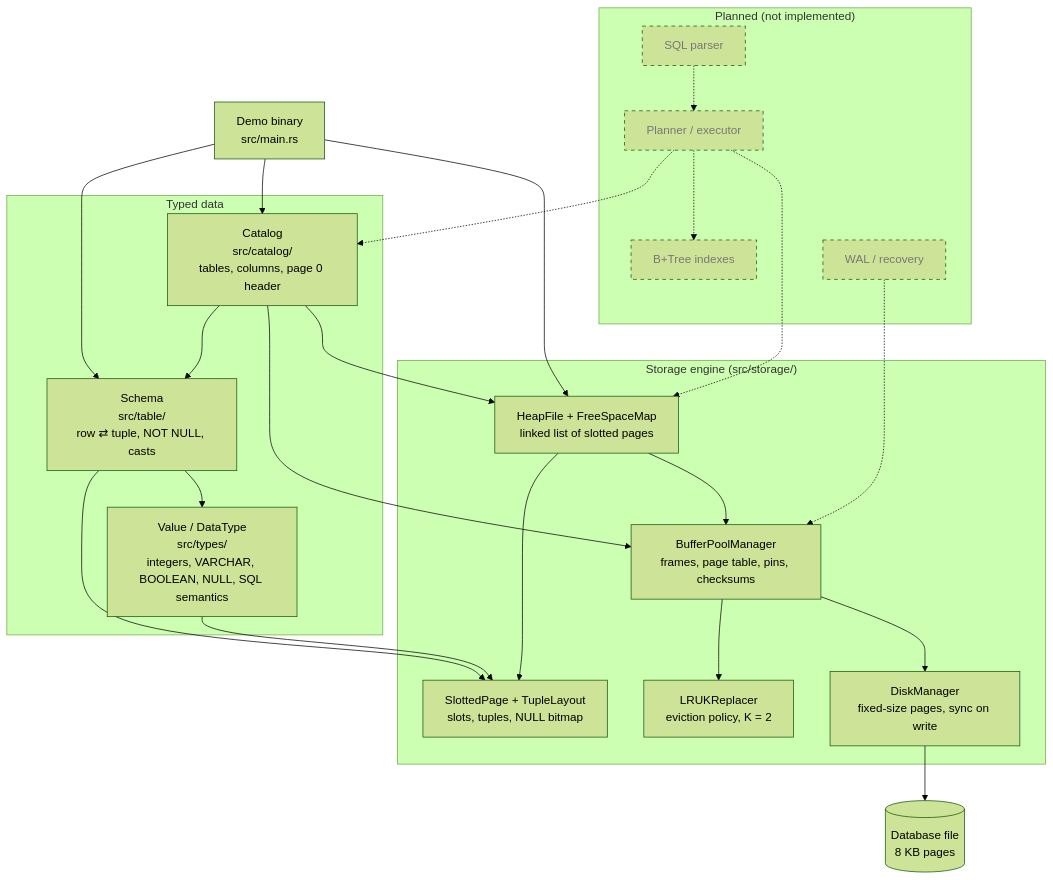
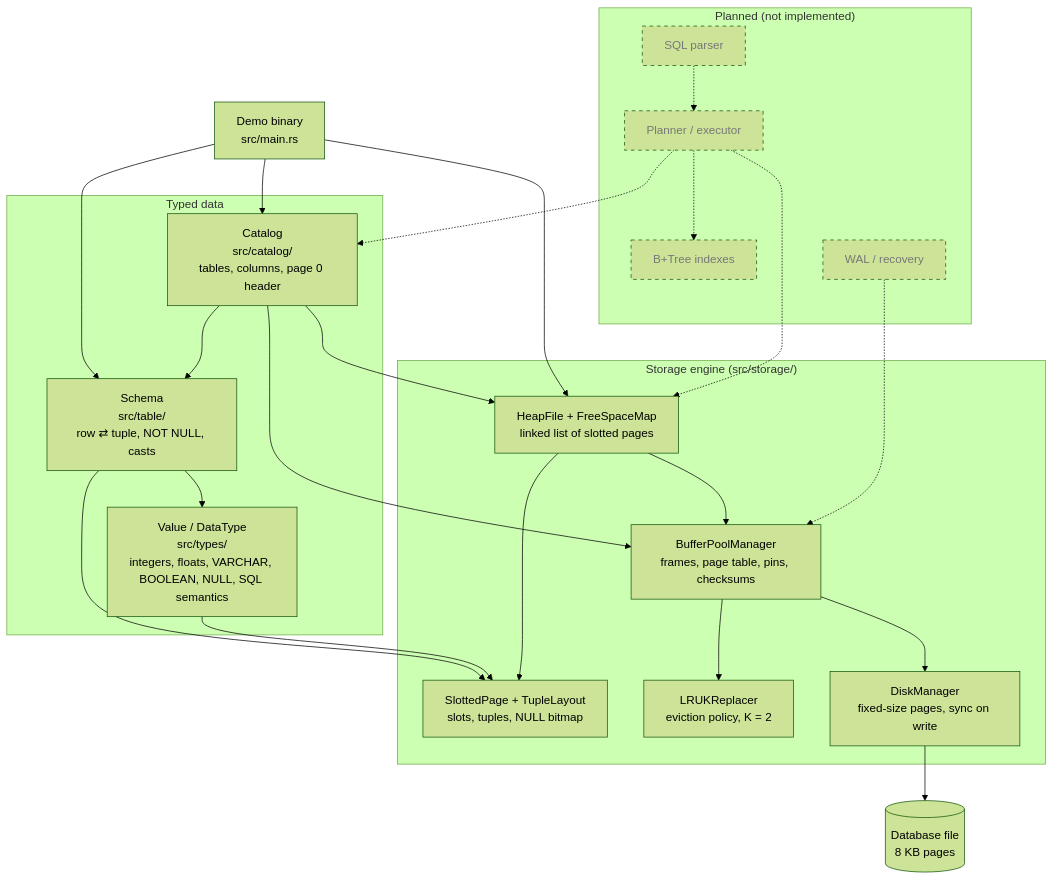
One commit to RodrigoGrz/ferro-db changed the diagram in docs/architecture.md. Above: the diagram before and after it, drawn with Mermaid (forest theme). The commit also changed other lines of this file and 15 other files, not shown here.

````diff
--- a/docs/architecture.md
+++ b/docs/architecture.md
@@ -9,50 +9,50 @@
 ```mermaid
 flowchart TD
     demo["Demo binary<br/>src/main.rs"]
 
     subgraph upper["Typed data"]
         catalog["Catalog<br/>src/catalog/<br/>tables, columns, page 0 header"]
         schema["Schema<br/>src/table/<br/>row ⇄ tuple, NOT NULL, casts"]
-        types["Value / DataType<br/>src/types/<br/>integers, VARCHAR, BOOLEAN, NULL, SQL semantics"]
+        types["Value / DataType<br/>src/types/<br/>integers, floats, VARCHAR, BOOLEAN, NULL, SQL semantics"]
     end
 
     subgraph storage["Storage engine (src/storage/)"]
         heap["HeapFile + FreeSpaceMap<br/>linked list of slotted pages"]
         slotted["SlottedPage + TupleLayout<br/>slots, tuples, NULL bitmap"]
         bpm["BufferPoolManager<br/>frames, page table, pins, checksums"]
         replacer["LRUKReplacer<br/>eviction policy, K = 2"]
         disk["DiskManager<br/>fixed-size pages, sync on write"]
     end
 
     file[("Database file<br/>8 KB pages")]
 
     demo --> catalog
     demo --> schema
     demo --> heap
     catalog --> heap
     catalog --> schema
     schema --> types
     schema --> slotted
     types --> slotted
     heap --> slotted
     heap --> bpm
     catalog --> bpm
     bpm --> replacer
     bpm --> disk
     disk --> file
 
     subgraph planned["Planned (not implemented)"]
         sql["SQL parser"]
         planner["Planner / executor"]
         index["B+Tree indexes"]
         wal["WAL / recovery"]
     end
     sql -.-> planner
     planner -.-> catalog
     planner -.-> heap
     planner -.-> index
     wal -.-> bpm
 
     classDef plannedNode stroke-dasharray: 5 5,color:#777
     class sql,planner,index,wal plannedNode
 ```
````
